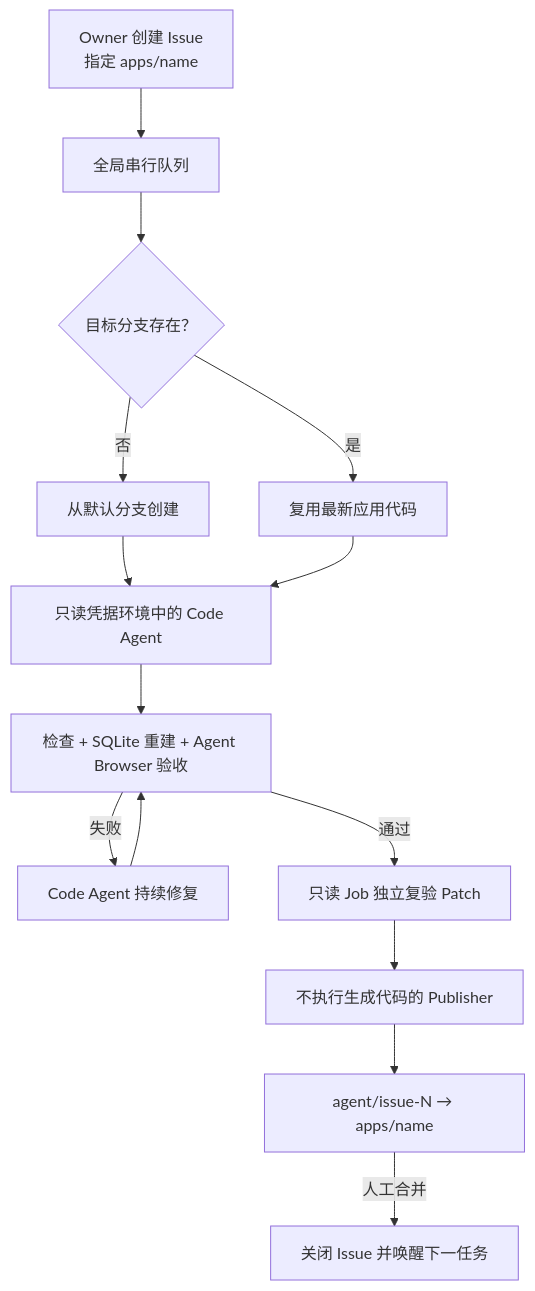
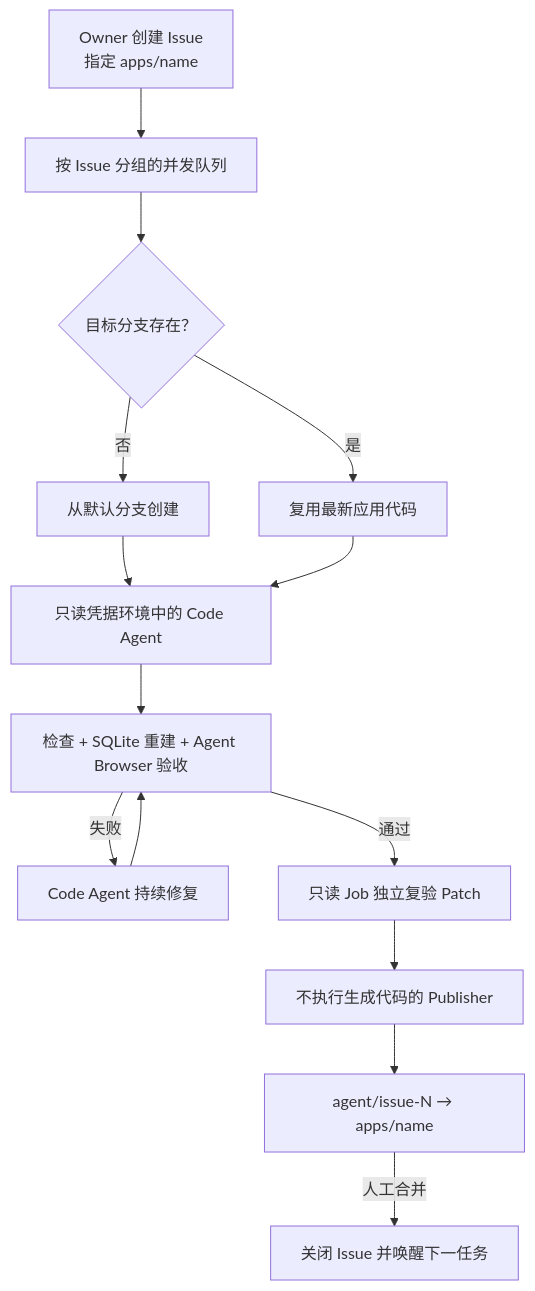
Before and after one commit to gchust/nb3-factory: the diagram in README.MD, drawn with Mermaid. The commit also changed other lines of this file, not shown here.

````diff
--- a/README.MD
+++ b/README.MD
@@ -7,16 +7,16 @@
 ```mermaid
 flowchart TD
-    Issue["Owner 创建 Issue<br/>指定 apps/name"] --> Queue["全局串行队列"]
+    Issue["Owner 创建 Issue<br/>指定 apps/name"] --> Queue["按 Issue 分组的并发队列"]
     Queue --> Branch{"目标分支存在？"}
     Branch -->|否| Create["从默认分支创建"]
     Branch -->|是| Reuse["复用最新应用代码"]
     Create --> Agent["只读凭据环境中的 Code Agent"]
     Reuse --> Agent
     Agent --> Verify["检查 + SQLite 重建 + Agent Browser 验收"]
     Verify -->|失败| Repair["Code Agent 持续修复"]
     Repair --> Verify
     Verify -->|通过| Final["只读 Job 独立复验 Patch"]
     Final --> Publish["不执行生成代码的 Publisher"]
     Publish --> PR["agent/issue-N → apps/name"]
     PR -->|人工合并| Done["关闭 Issue 并唤醒下一任务"]
 ```
````
